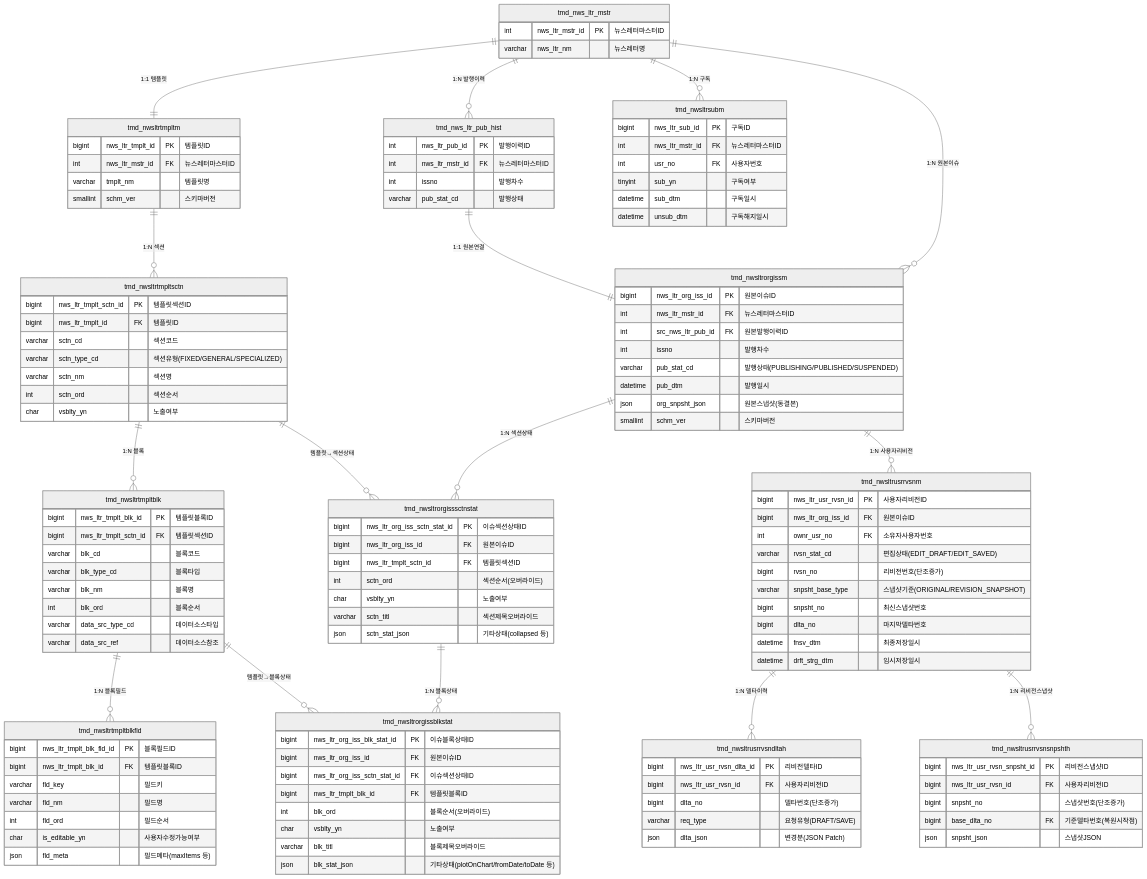
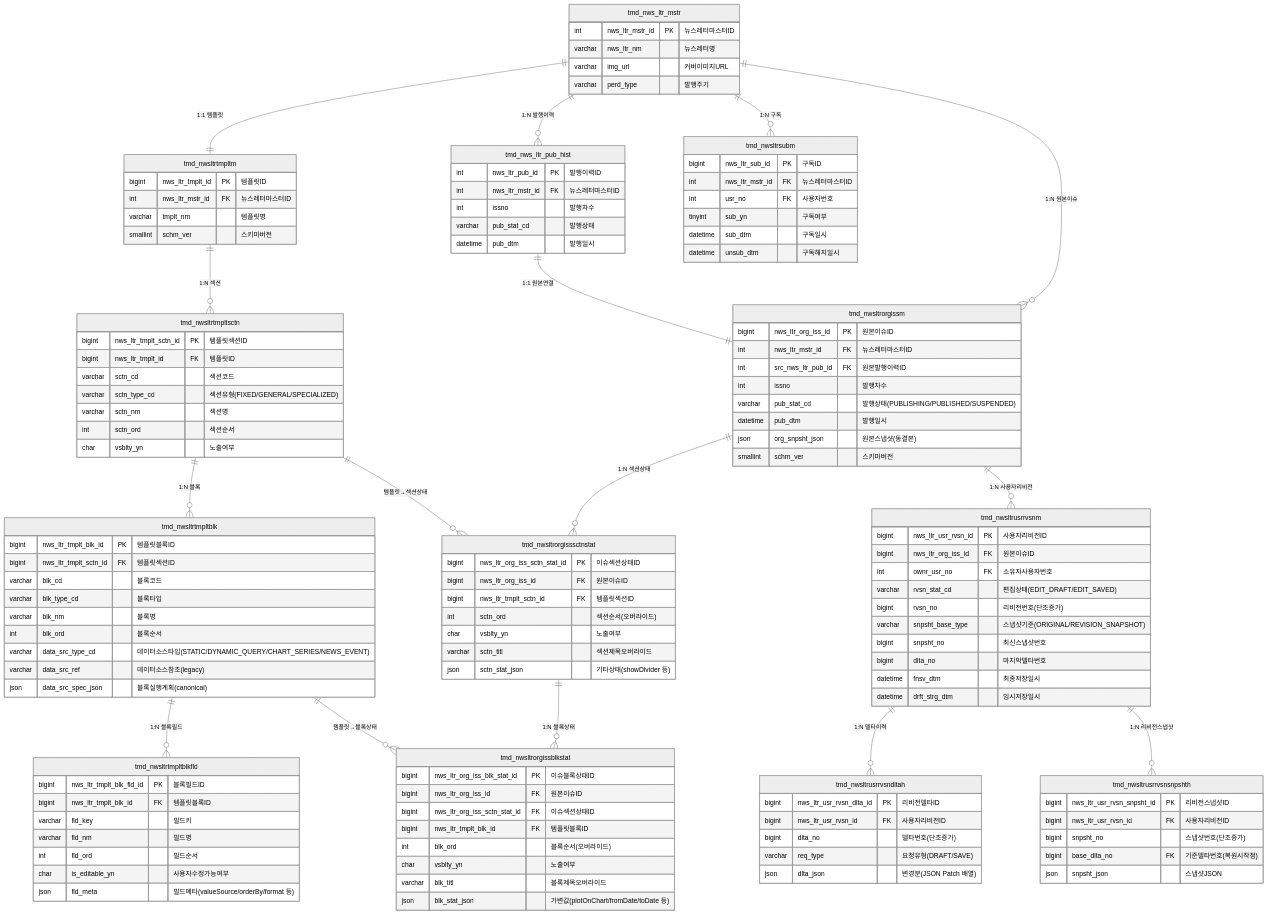
Before and after one commit to enkhbaatarL/backtend: the diagram in docs/newsletter-v2-confluence-guide.md, drawn with Mermaid (neutral theme). The commit also changed other lines of this file and 23 other files, not shown here.

Commit message:
Deprecated UI 상태 필드(`collapsed`, `removed`, `showDivider`) 제거 및 관련 코드/SQL 업데이트

```diff
--- a/docs/newsletter-v2-confluence-guide.md
+++ b/docs/newsletter-v2-confluence-guide.md
@@ -170,6 +321,8 @@
     tmd_nws_ltr_mstr {
         int nws_ltr_mstr_id PK "뉴스레터마스터ID"
         varchar nws_ltr_nm "뉴스레터명"
+        varchar img_url "커버이미지URL"
+        varchar perd_type "발행주기"
     }
 
     tmd_nws_ltr_pub_hist {
@@ -177,6 +330,7 @@
         int nws_ltr_mstr_id FK "뉴스레터마스터ID"
         int issno "발행차수"
         varchar pub_stat_cd "발행상태"
+        datetime pub_dtm "발행일시"
     }
 
     %% ─────────────────────────────────────────
@@ -206,8 +360,9 @@
         varchar blk_type_cd "블록타입"
         varchar blk_nm "블록명"
         int blk_ord "블록순서"
-        varchar data_src_type_cd "데이터소스타입"
-        varchar data_src_ref "데이터소스참조"
+        varchar data_src_type_cd "데이터소스타입(STATIC/DYNAMIC_QUERY/CHART_SERIES/NEWS_EVENT)"
+        varchar data_src_ref "데이터소스참조(legacy)"
+        json data_src_spec_json "블록실행계획(canonical)"
     }
 
     tmd_nwsltrtmpltblkfld {
@@ -217,7 +372,7 @@
         varchar fld_nm "필드명"
         int fld_ord "필드순서"
         char is_editable_yn "사용자수정가능여부"
-        json fld_meta "필드메타(maxItems 등)"
+        json fld_meta "필드메타(valueSource/orderBy/format 등)"
     }
 
     %% ─────────────────────────────────────────
@@ -241,7 +396,7 @@
         int sctn_ord "섹션순서(오버라이드)"
         char vsblty_yn "노출여부"
         varchar sctn_titl "섹션제목오버라이드"
-        json sctn_stat_json "기타상태(collapsed 등)"
+        json sctn_stat_json "기타상태(showDivider 등)"
     }
 
     tmd_nwsltrorgissblkstat {
@@ -252,7 +407,7 @@
         int blk_ord "블록순서(오버라이드)"
         char vsblty_yn "노출여부"
         varchar blk_titl "블록제목오버라이드"
-        json blk_stat_json "기타상태(plotOnChart/fromDate/toDate 등)"
+        json blk_stat_json "가변값(plotOnChart/fromDate/toDate 등)"
     }
 
     %% ─────────────────────────────────────────
@@ -276,7 +431,7 @@
         bigint nws_ltr_usr_rvsn_id FK "사용자리비전ID"
         bigint dlta_no "델타번호(단조증가)"
         varchar req_type "요청유형(DRAFT/SAVE)"
-        json dlta_json "변경분(JSON Patch)"
+        json dlta_json "변경분(JSON Patch 배열)"
     }
 
     tmd_nwsltrusrrvsnsnpshth {
```
